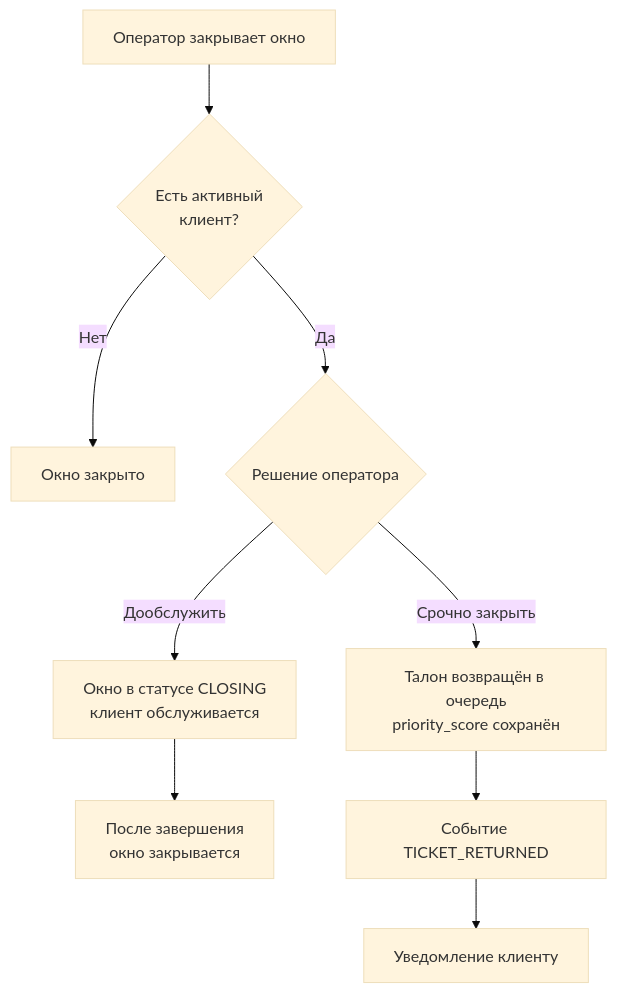
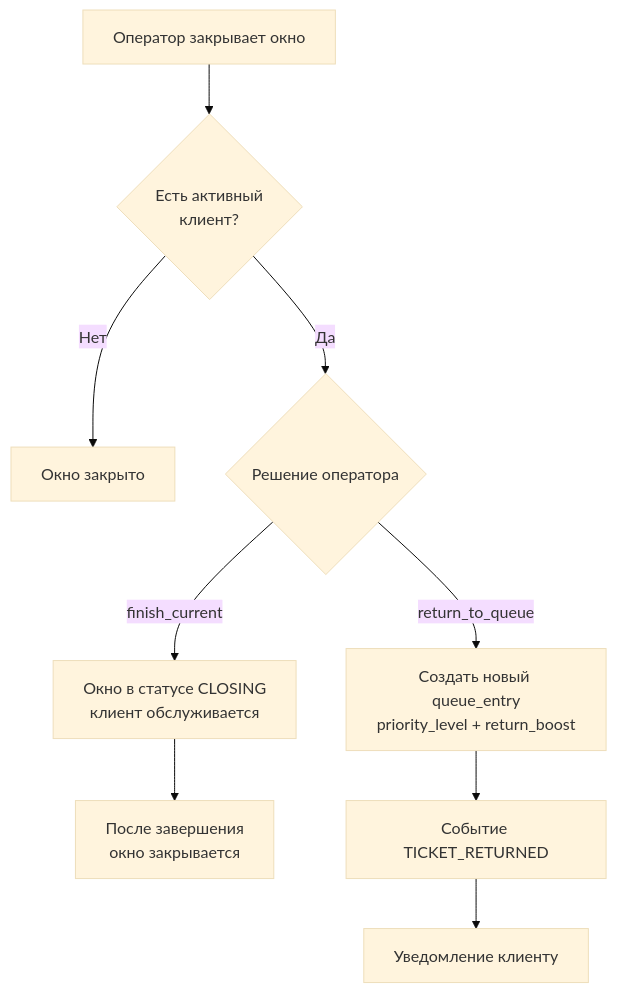
Before and after one commit to Rodion-NTQ-TEAM/tsifrovaya-ochere: the fifth of 6 diagrams in docs/priority-algorithm.md, drawn with Mermaid (base theme). The commit also changed other lines of this file, not shown here.

Commit message:
docs(priority): обновить алгоритм приоритетов

````diff
--- a/docs/priority-algorithm.md
+++ b/docs/priority-algorithm.md
@@ -116,11 +131,11 @@
 ```mermaid
 flowchart TD
     CLOSE["Оператор закрывает окно"] --> ACTIVE{"Есть активный<br/>клиент?"}
     ACTIVE -->|Нет| CLOSED["Окно закрыто"]
     ACTIVE -->|Да| CHOICE{"Решение оператора"}
-    CHOICE -->|Дообслужить| FINISH["Окно в статусе CLOSING<br/>клиент обслуживается"]
+    CHOICE -->|finish_current| FINISH["Окно в статусе CLOSING<br/>клиент обслуживается"]
     FINISH --> AFTER["После завершения<br/>окно закрывается"]
-    CHOICE -->|Срочно закрыть| RETURN["Талон возвращён в очередь<br/>priority_score сохранён"]
+    CHOICE -->|return_to_queue| RETURN["Создать новый queue_entry<br/>priority_level + return_boost"]
     RETURN --> EVENT["Событие TICKET_RETURNED"]
     EVENT --> NOTIFY["Уведомление клиенту"]
 ```
````
